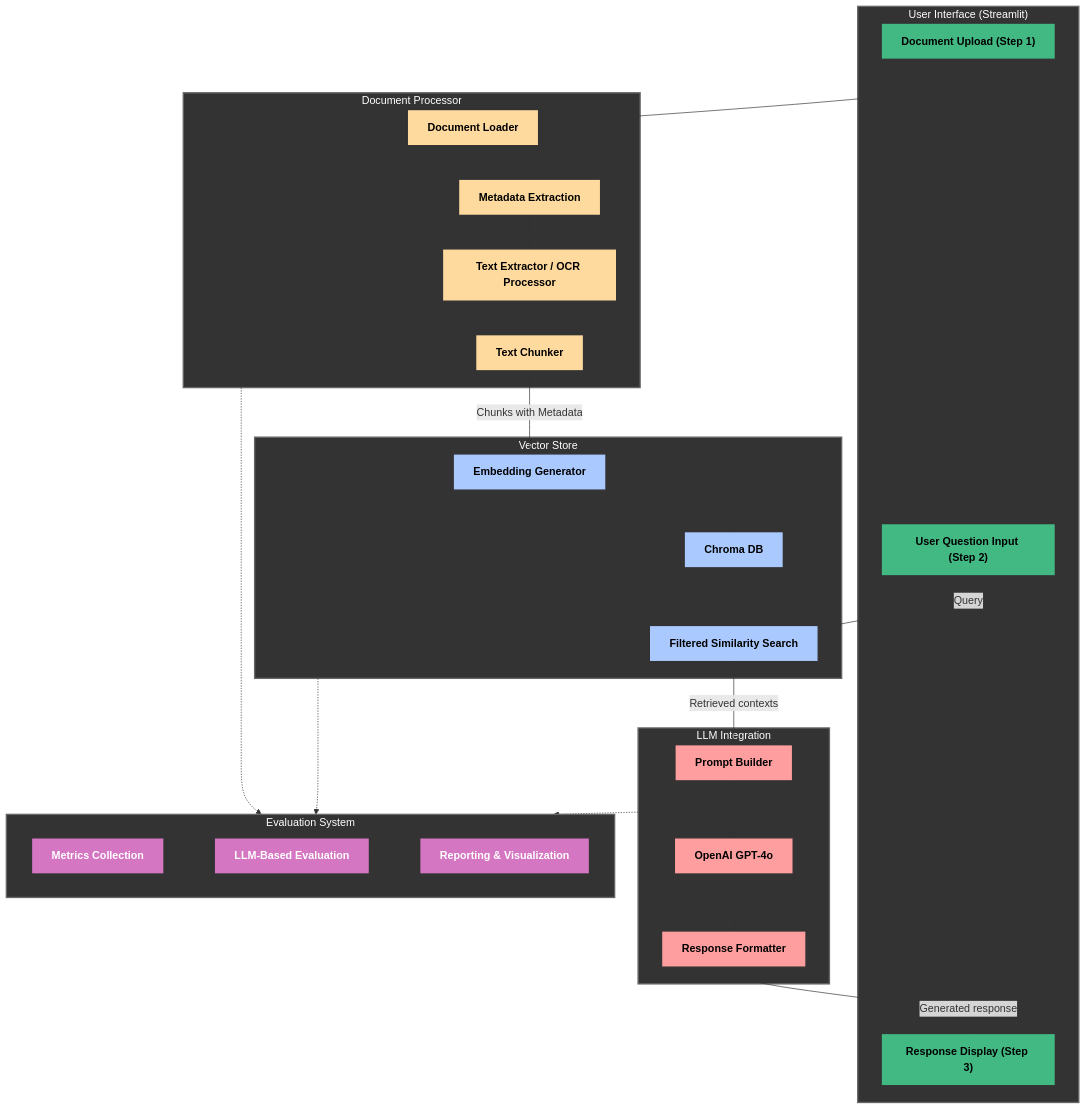
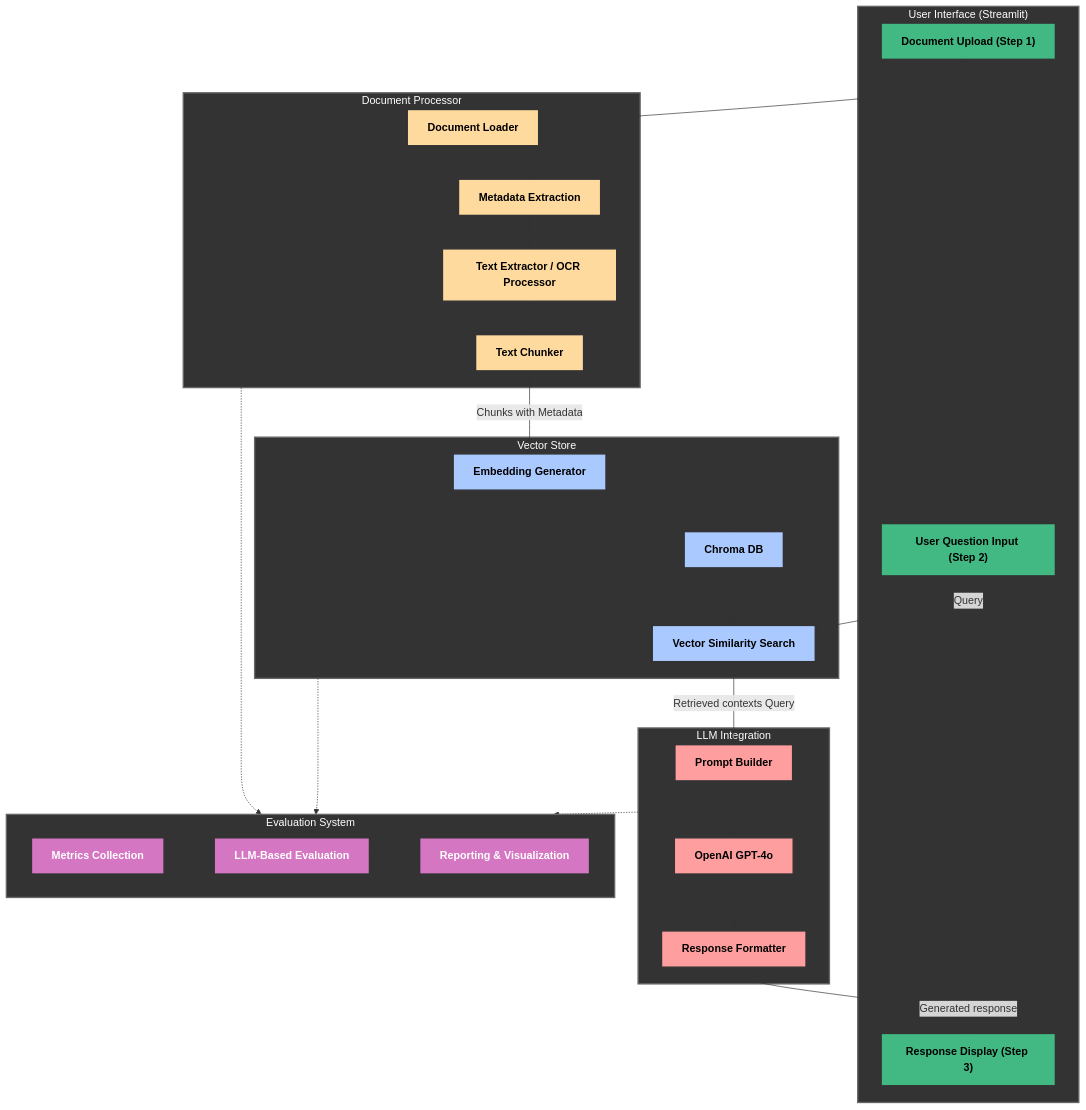
The diagram in README.md (mdwaquarahmad/fortune500-rag), drawn with Mermaid before and after one commit.

Commit message:
Documentation

```diff
--- a/README.md
+++ b/README.md
@@ -45,7 +45,7 @@
     B4["Text Chunker"]
     C1["Embedding Generator"]
     C2["Chroma DB"]
-    C3["Filtered Similarity Search"]
+    C3["Vector Similarity Search"]
     D1["Prompt Builder"]
     D2["OpenAI GPT-4o"]
     D3["Response Formatter"]
@@ -99,7 +99,7 @@
     C1 --> C2
     C2 --> C3
     A2 --> |"Query"| C3
-    C3 --> |"Retrieved contexts"| D1
+    C3 --> |"Retrieved contexts Query"| D1
     D1 --> D2
     D2 --> D3
     D3 --> |"Generated response"| A3
```
